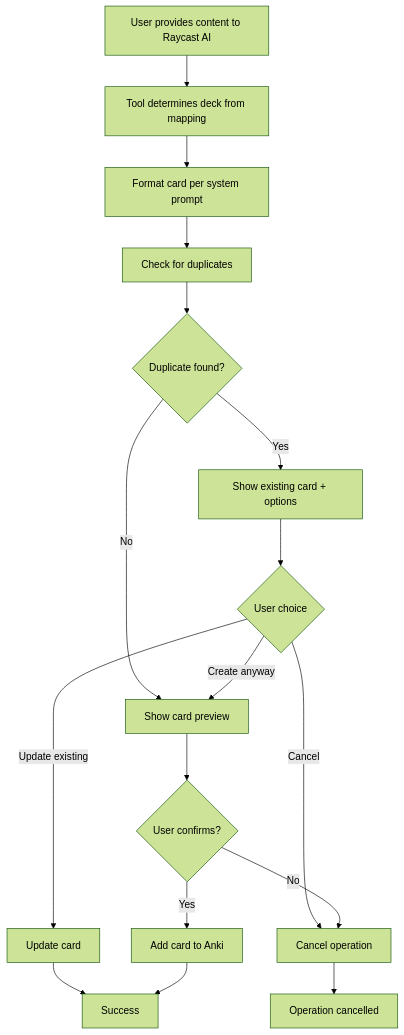
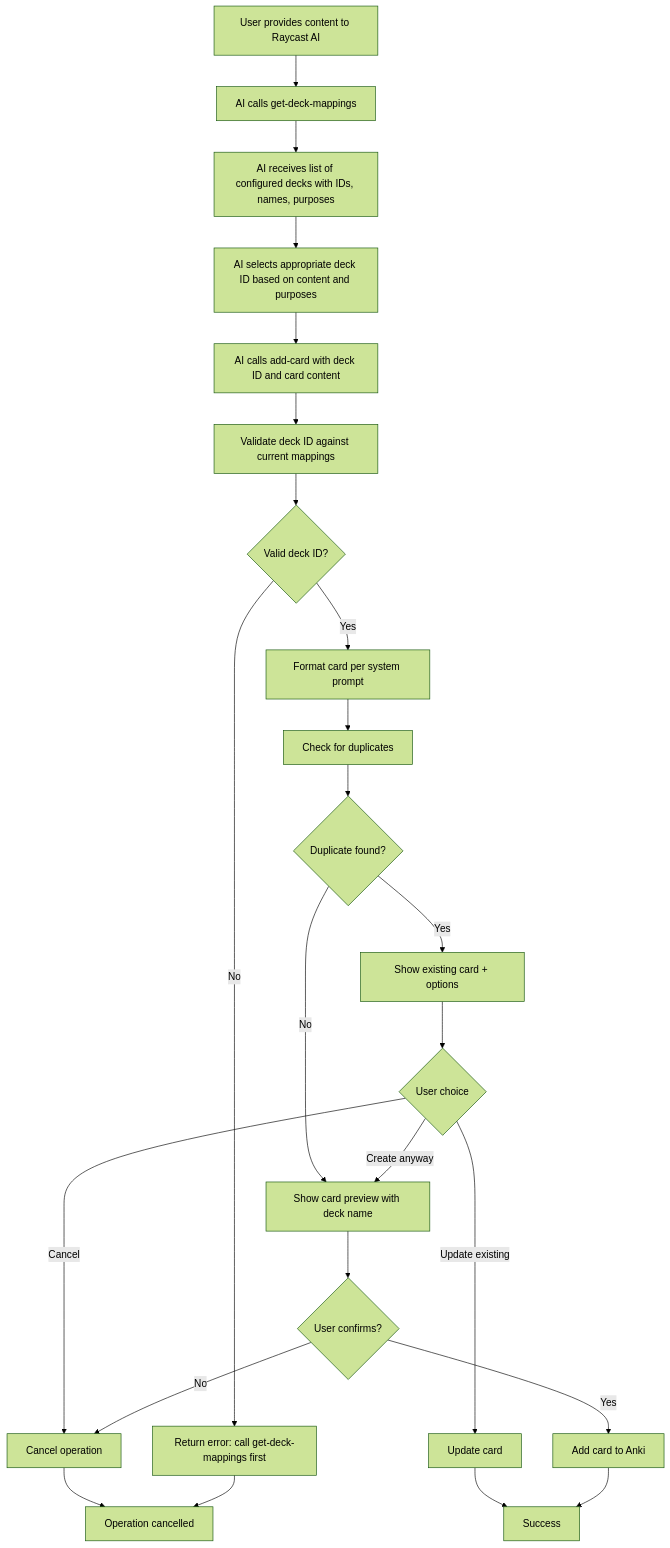
Before and after one commit to yuichkun/raycast-anki-ai-agent: the diagram in spec.md, drawn with Mermaid (forest theme). The commit also changed other lines of this file, not shown here.

````diff
--- a/spec.md
+++ b/spec.md
@@ -106,19 +132,26 @@
 ```mermaid
 flowchart TD
-    A[User provides content to Raycast AI] --> B[Tool determines deck from mapping]
-    B --> C[Format card per system prompt]
-    C --> D[Check for duplicates]
-    D --> E{Duplicate found?}
-    E -->|No| F[Show card preview]
-    E -->|Yes| G[Show existing card + options]
-    F --> H{User confirms?}
-    G --> I{User choice}
-    I -->|Update existing| J[Update card]
-    I -->|Create anyway| F
-    I -->|Cancel| K[Cancel operation]
-    H -->|Yes| L[Add card to Anki]
-    H -->|No| K
-    J --> M[Success]
-    L --> M
-    K --> N[Operation cancelled]
+    A[User provides content to Raycast AI] --> B[AI calls get-deck-mappings]
+    B --> C[AI receives list of configured decks with IDs, names, purposes]
+    C --> D[AI selects appropriate deck ID based on content and purposes]
+    D --> E[AI calls add-card with deck ID and card content]
+    E --> F[Validate deck ID against current mappings]
+    F --> G{Valid deck ID?}
+    G -->|No| H[Return error: call get-deck-mappings first]
+    G -->|Yes| I[Format card per system prompt]
+    I --> J[Check for duplicates]
+    J --> K{Duplicate found?}
+    K -->|No| L[Show card preview with deck name]
+    K -->|Yes| M[Show existing card + options]
+    L --> N{User confirms?}
+    M --> O{User choice}
+    O -->|Update existing| P[Update card]
+    O -->|Create anyway| L
+    O -->|Cancel| Q[Cancel operation]
+    N -->|Yes| R[Add card to Anki]
+    N -->|No| Q
+    P --> S[Success]
+    R --> S
+    Q --> T[Operation cancelled]
+    H --> T
 ```
````
